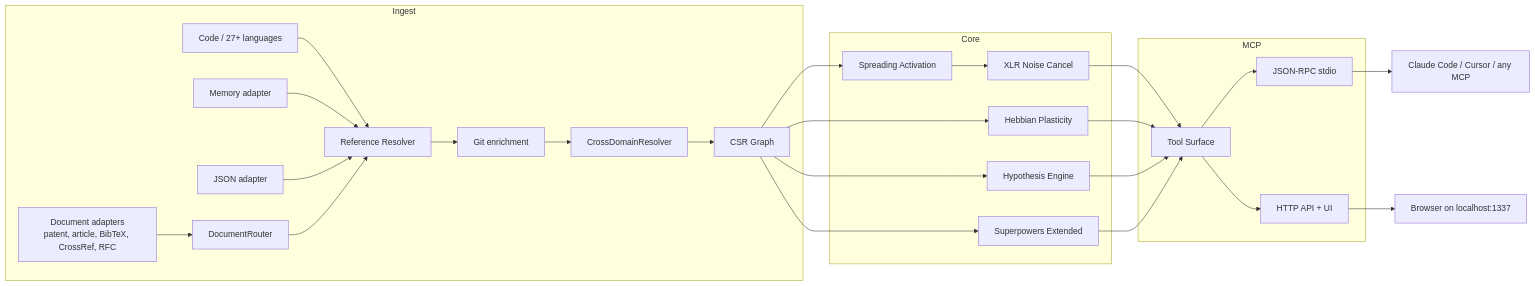
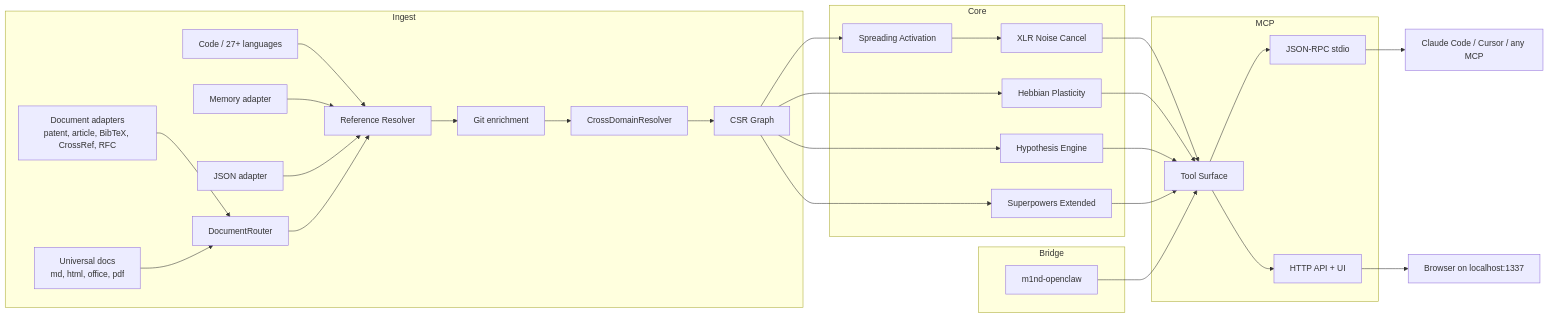
One commit to maxkle1nz/m1nd changed the diagram in README.es.md. Above: the diagram before and after it, drawn with Mermaid. The commit also changed other lines of this file and 12 other files, not shown here.

````diff
--- a/README.es.md
+++ b/README.es.md
@@ -556,30 +562,34 @@
 ```mermaid
 graph LR
     subgraph Ingest
         A[Code / 27+ languages] --> R[Reference Resolver]
         MA[Memory adapter] --> R
         JA[JSON adapter] --> R
         DA[Document adapters<br/>patent, article, BibTeX, CrossRef, RFC] --> DR[DocumentRouter]
+        UA[Universal docs<br/>md, html, office, pdf] --> DR
         DR --> R
         R --> GD[Git enrichment]
         GD --> XD[CrossDomainResolver]
         XD --> G[CSR Graph]
     end
     subgraph Core
         G --> SA[Spreading Activation]
         G --> HP[Hebbian Plasticity]
         G --> HY[Hypothesis Engine]
         G --> SX[Superpowers Extended]
         SA --> XLR[XLR Noise Cancel]
     end
     subgraph MCP
         XLR --> T[Tool Surface]
         HP --> T
         HY --> T
         SX --> T
         T --> IO[JSON-RPC stdio]
         T --> HTTP[HTTP API + UI]
     end
+    subgraph Bridge
+        OC[m1nd-openclaw] --> T
+    end
     IO --> C[Claude Code / Cursor / any MCP]
     HTTP --> B[Browser on localhost:1337]
 ```
````
